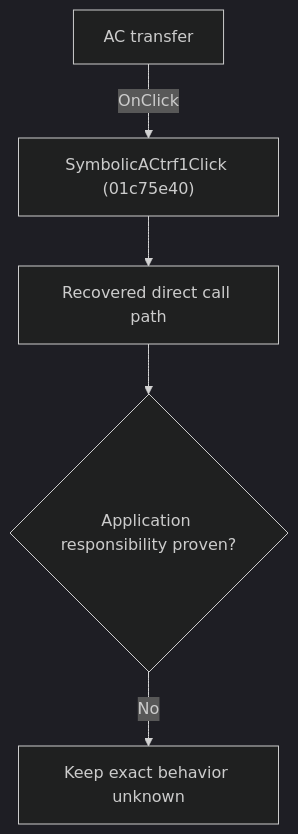
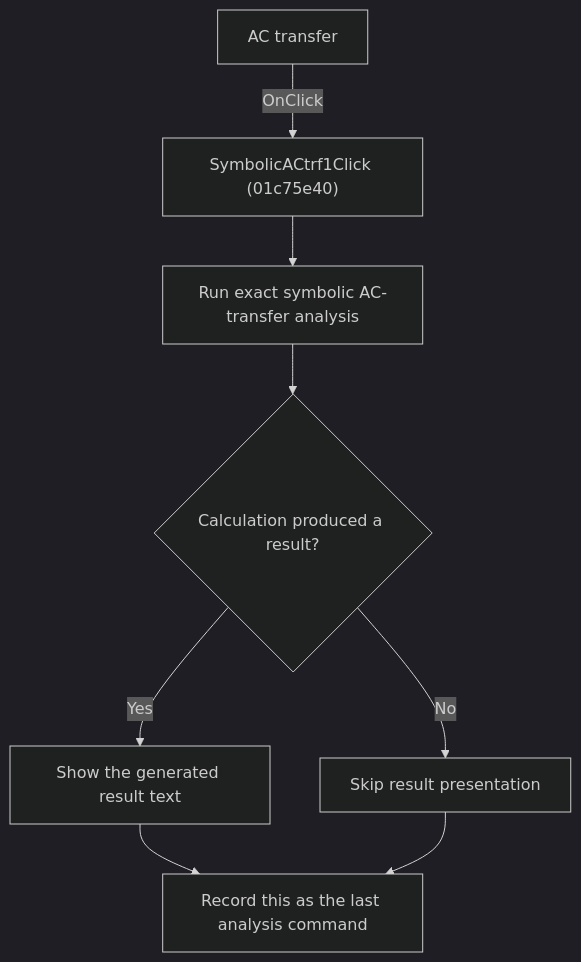
Before and after one commit to MovGP0/TIARA: the diagram in docs/ui-controls/schematiceditor/symbolicactrf1-d2295914ac.md, drawn with Mermaid (dark theme). The commit also changed other lines of this file and 241 other files, not shown here.

````diff
--- a/docs/ui-controls/schematiceditor/symbolicactrf1-d2295914ac.md
+++ b/docs/ui-controls/schematiceditor/symbolicactrf1-d2295914ac.md
@@ -27,7 +25,10 @@
 ```mermaid
 flowchart TD
     control["AC transfer"] -->|"OnClick"| handler["SymbolicACtrf1Click (01c75e40)"]
-    handler --> recovered["Recovered direct call path"]
-    recovered --> gap{"Application responsibility proven?"}
-    gap -->|"No"| blocked["Keep exact behavior unknown"]
+    handler --> calculate["Run exact symbolic AC-transfer analysis"]
+    calculate --> result{"Calculation produced a result?"}
+    result -->|"Yes"| show["Show the generated result text"]
+    result -->|"No"| skip["Skip result presentation"]
+    show --> remember["Record this as the last analysis command"]
+    skip --> remember
 ```
````
